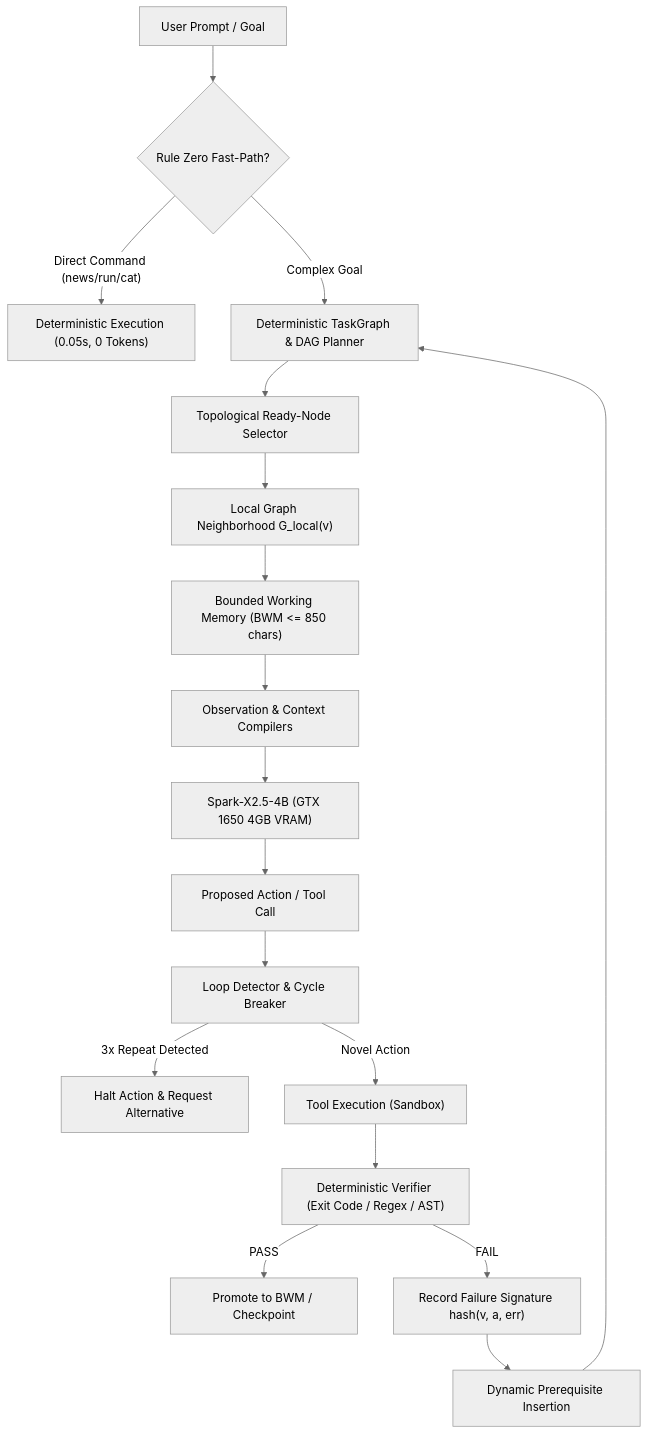
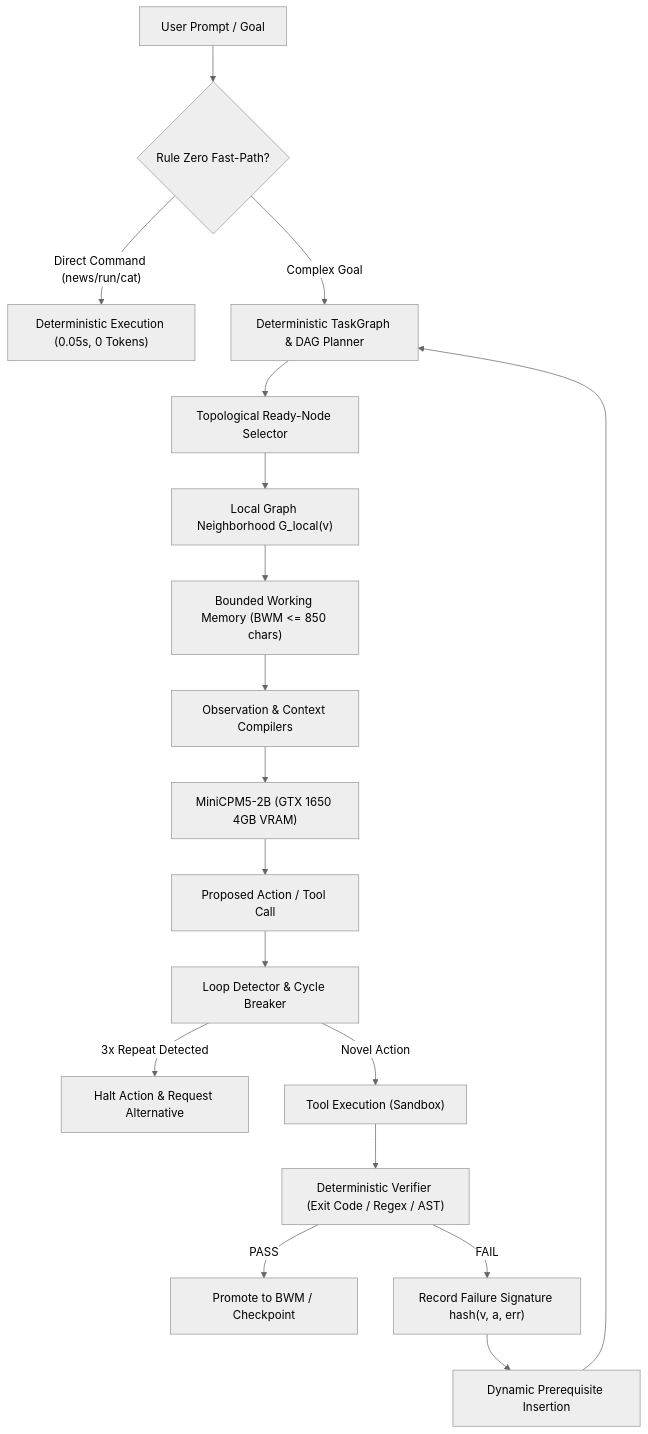
One commit to ChamanPrakashKanth/potatoclaw changed the diagram in README.md. Above: the diagram before and after it, drawn with Mermaid (neutral theme). The commit also changed other lines of this file and 29 other files, not shown here.

````diff
--- a/README.md
+++ b/README.md
@@ -226,25 +226,25 @@
 ```mermaid
 graph TD
     User["User Prompt / Goal"] --> R0{"Rule Zero Fast-Path?"}
     R0 -- "Direct Command (news/run/cat)" --> DetExec["Deterministic Execution (0.05s, 0 Tokens)"]
     R0 -- "Complex Goal" --> DAG["Deterministic TaskGraph & DAG Planner"]
     
     DAG --> Scheduler["Topological Ready-Node Selector"]
     Scheduler --> Glocal["Local Graph Neighborhood G_local(v)"]
     
     Glocal --> BWM["Bounded Working Memory (BWM <= 850 chars)"]
     BWM --> Comp["Observation & Context Compilers"]
     
-    Comp --> LLM["Spark-X2.5-4B (GTX 1650 4GB VRAM)"]
+    Comp --> LLM["MiniCPM5-2B (GTX 1650 4GB VRAM)"]
     LLM --> Action["Proposed Action / Tool Call"]
     
     Action --> Loop["Loop Detector & Cycle Breaker"]
     Loop -- "3x Repeat Detected" --> Halt["Halt Action & Request Alternative"]
     Loop -- "Novel Action" --> Exec["Tool Execution (Sandbox)"]
     
     Exec --> Verifier["Deterministic Verifier (Exit Code / Regex / AST)"]
     Verifier -- "PASS" --> BWM_Update["Promote to BWM / Checkpoint"]
     Verifier -- "FAIL" --> FailMem["Record Failure Signature hash(v, a, err)"]
     FailMem --> DynamicPatch["Dynamic Prerequisite Insertion"]
     DynamicPatch --> DAG
 ```
````
